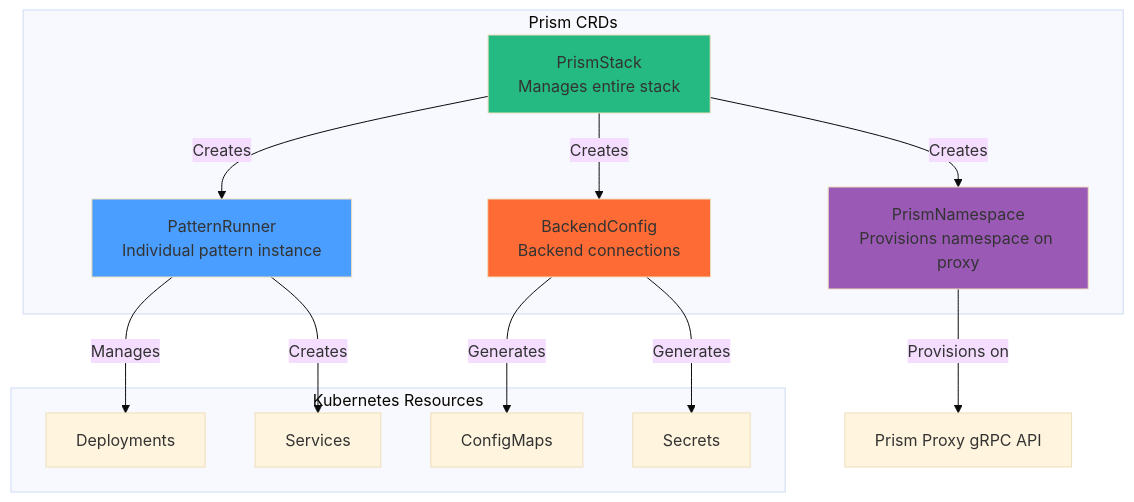
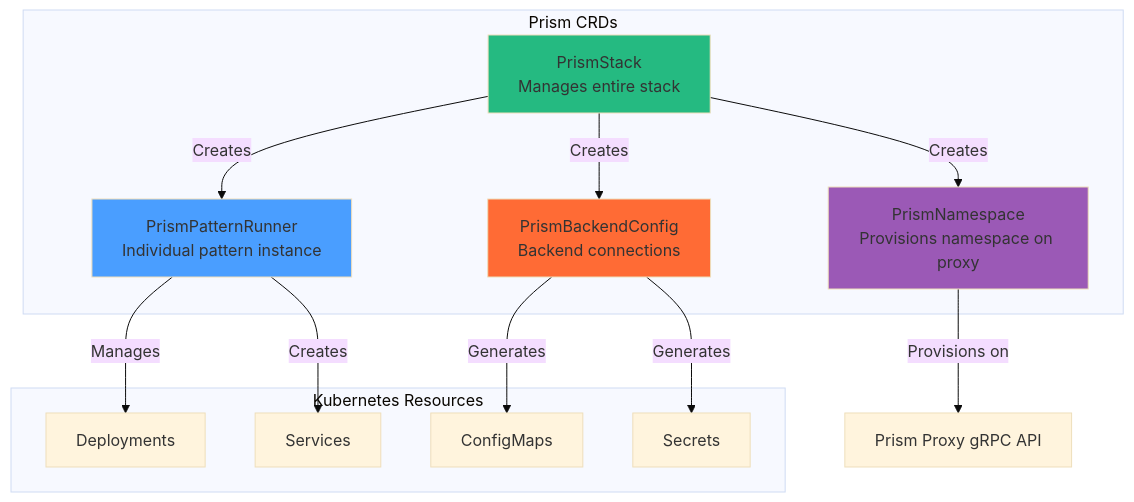
The first of 2 diagrams in docs-cms/memos/MEMO-036-kubernetes-operator-development.md (jrepp/prism-data-layer), drawn with Mermaid (base theme) before and after one commit. The commit also changed other lines of this file, not shown here.

First line of the commit message:
Update MEMO-036 with naming conventions, proxy placement, and multi-admin architecture

````diff
--- a/docs-cms/memos/MEMO-036-kubernetes-operator-development.md
+++ b/docs-cms/memos/MEMO-036-kubernetes-operator-development.md
@@ -60,32 +81,32 @@
 ```mermaid
 graph TB
     subgraph "Prism CRDs"
         PrismStack[PrismStack<br/>Manages entire stack]
         PrismNamespace[PrismNamespace<br/>Provisions namespace on proxy]
-        PatternRunner[PatternRunner<br/>Individual pattern instance]
-        BackendConfig[BackendConfig<br/>Backend connections]
+        PrismPatternRunner[PrismPatternRunner<br/>Individual pattern instance]
+        PrismBackendConfig[PrismBackendConfig<br/>Backend connections]
     end
 
     subgraph "Kubernetes Resources"
         Deployment[Deployments]
         Service[Services]
         ConfigMap[ConfigMaps]
         Secret[Secrets]
     end
 
     PrismStack -->|Creates| PrismNamespace
-    PrismStack -->|Creates| PatternRunner
-    PrismStack -->|Creates| BackendConfig
+    PrismStack -->|Creates| PrismPatternRunner
+    PrismStack -->|Creates| PrismBackendConfig
 
     PrismNamespace -->|Provisions on| ProxyAPI[Prism Proxy gRPC API]
-    PatternRunner -->|Manages| Deployment
-    PatternRunner -->|Creates| Service
+    PrismPatternRunner -->|Manages| Deployment
+    PrismPatternRunner -->|Creates| Service
 
-    BackendConfig -->|Generates| ConfigMap
-    BackendConfig -->|Generates| Secret
+    PrismBackendConfig -->|Generates| ConfigMap
+    PrismBackendConfig -->|Generates| Secret
 
     style PrismStack fill:#25ba81
     style PrismNamespace fill:#9b59b6
-    style PatternRunner fill:#4a9eff
-    style BackendConfig fill:#ff6b35
+    style PrismPatternRunner fill:#4a9eff
+    style PrismBackendConfig fill:#ff6b35
 ```
````
